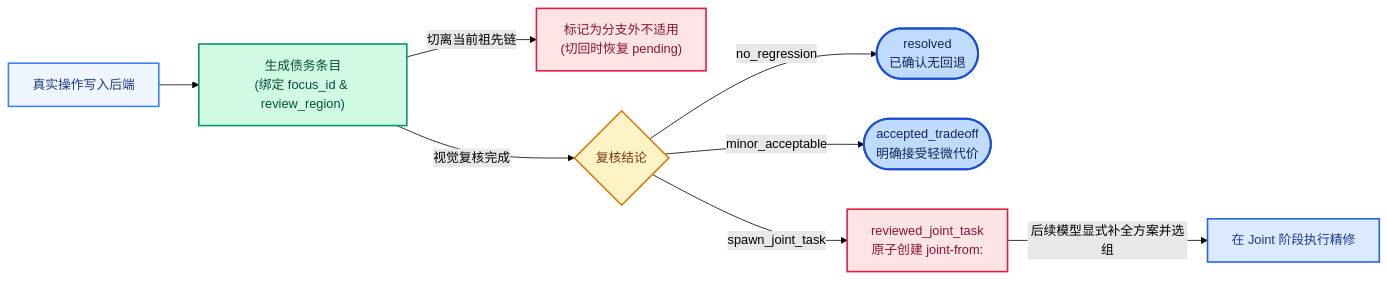
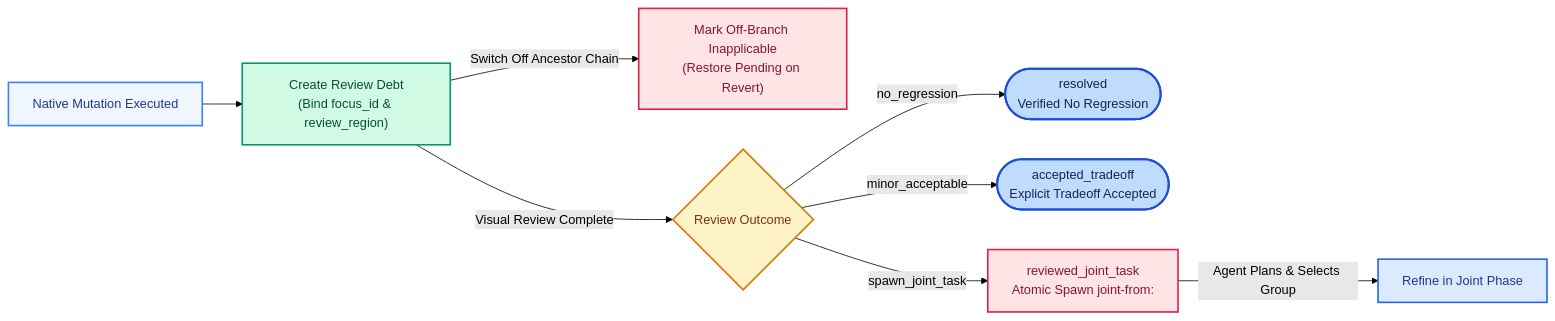
One commit to ARCHIC001/RetouchAgain changed the diagram in docs/memory-review-v20.md. Above: the diagram before and after it, drawn with Mermaid (forest theme). The commit also changed 4 other files, not shown here.

````diff
--- a/docs/memory-review-v20.md
+++ b/docs/memory-review-v20.md
@@ -26,17 +26,17 @@
 ```mermaid
 flowchart LR
     classDef flowStart fill:#eff6ff,stroke:#3b82f6,color:#1e3a8a,stroke-width:2px
     classDef flowMid fill:#dbeafe,stroke:#2563eb,color:#1e3a8a,stroke-width:2px
     classDef flowEnd fill:#bfdbfe,stroke:#1d4ed8,color:#172554,stroke-width:2.5px
     classDef origMemory fill:#d1fae5,stroke:#059669,color:#064e3b,stroke-width:2px
     classDef origVisual fill:#fef3c7,stroke:#d97706,color:#78350f,stroke-width:2px
     classDef origGuard fill:#ffe4e6,stroke:#e11d48,color:#881337,stroke-width:2px
 
-    Op["真实操作写入后端"]:::flowStart --> Debt["生成债务条目<br/>(绑定 focus_id & review_region)"]:::origMemory
-    Debt -->|"切离当前祖先链"| Off["标记为分支外不适用<br/>(切回时恢复 pending)"]:::origGuard
-    Debt -->|"视觉复核完成"| Eval{"复核结论"}:::origVisual
-    Eval -->|"no_regression"| Res(["resolved<br/>已确认无回退"]):::flowEnd
-    Eval -->|"minor_acceptable"| Trade(["accepted_tradeoff<br/>明确接受轻微代价"]):::flowEnd
-    Eval -->|"spawn_joint_task"| Joint["reviewed_joint_task<br/>原子创建 joint-from:<debt_id>"]:::origGuard
-    Joint -->|"后续模型显式补全方案并选组"| Exec["在 Joint 阶段执行精修"]:::flowMid
+    Op["Native Mutation Executed"]:::flowStart --> Debt["Create Review Debt<br/>(Bind focus_id & review_region)"]:::origMemory
+    Debt -->|"Switch Off Ancestor Chain"| Off["Mark Off-Branch Inapplicable<br/>(Restore Pending on Revert)"]:::origGuard
+    Debt -->|"Visual Review Complete"| Eval{"Review Outcome"}:::origVisual
+    Eval -->|"no_regression"| Res(["resolved<br/>Verified No Regression"]):::flowEnd
+    Eval -->|"minor_acceptable"| Trade(["accepted_tradeoff<br/>Explicit Tradeoff Accepted"]):::flowEnd
+    Eval -->|"spawn_joint_task"| Joint["reviewed_joint_task<br/>Atomic Spawn joint-from:<debt_id>"]:::origGuard
+    Joint -->|"Agent Plans & Selects Group"| Exec["Refine in Joint Phase"]:::flowMid
 ```
````
